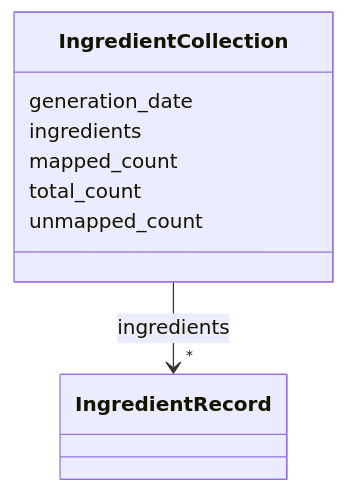
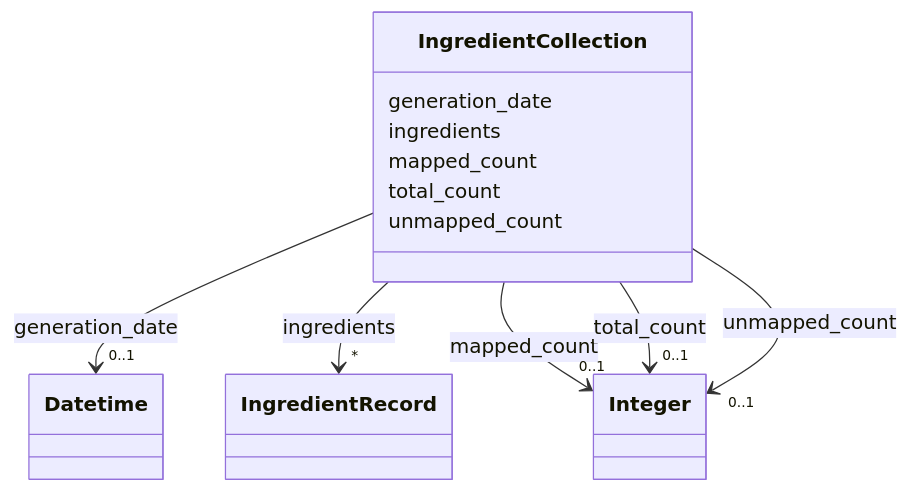
Before and after one commit to CultureBotAI/MediaIngredientMech: the diagram in docs/IngredientCollection.md, drawn with Mermaid. The commit also changed other lines of this file and 87 other files, not shown here.

````diff
--- a/docs/IngredientCollection.md
+++ b/docs/IngredientCollection.md
@@ -18,25 +18,61 @@
 ```mermaid
  classDiagram
     class IngredientCollection
     click IngredientCollection href "../IngredientCollection/"
       IngredientCollection : generation_date
+        
+          
+    
+        
+        
+        IngredientCollection --> "0..1" Datetime : generation_date
+        click Datetime href "../http://www.w3.org/2001/XMLSchema#dateTime/"
+    
+
         
       IngredientCollection : ingredients
         
           
     
         
         
         IngredientCollection --> "*" IngredientRecord : ingredients
         click IngredientRecord href "../IngredientRecord/"
     
 
         
       IngredientCollection : mapped_count
         
+          
+    
+        
+        
+        IngredientCollection --> "0..1" Integer : mapped_count
+        click Integer href "../http://www.w3.org/2001/XMLSchema#integer/"
+    
+
+        
       IngredientCollection : total_count
+        
+          
+    
+        
+        
+        IngredientCollection --> "0..1" Integer : total_count
+        click Integer href "../http://www.w3.org/2001/XMLSchema#integer/"
+    
+
         
       IngredientCollection : unmapped_count
         
+          
+    
+        
+        
+        IngredientCollection --> "0..1" Integer : unmapped_count
+        click Integer href "../http://www.w3.org/2001/XMLSchema#integer/"
+    
+
+        
       
 ```
````
